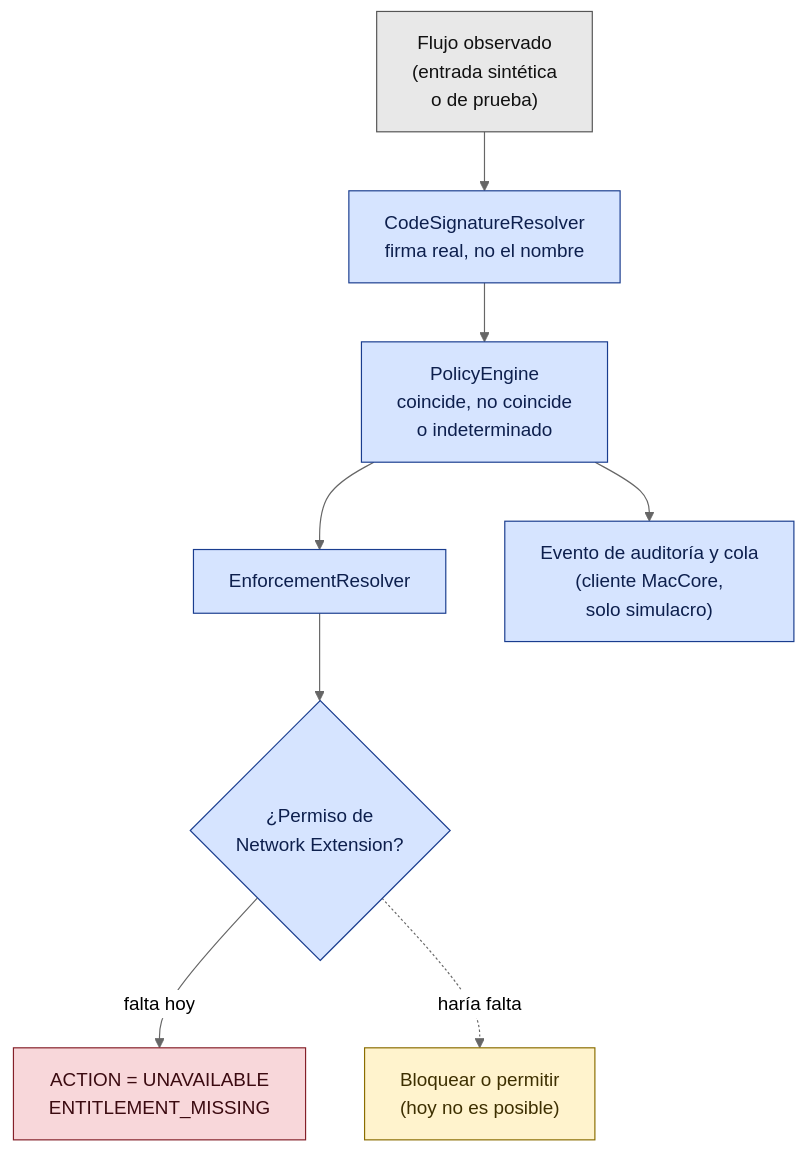
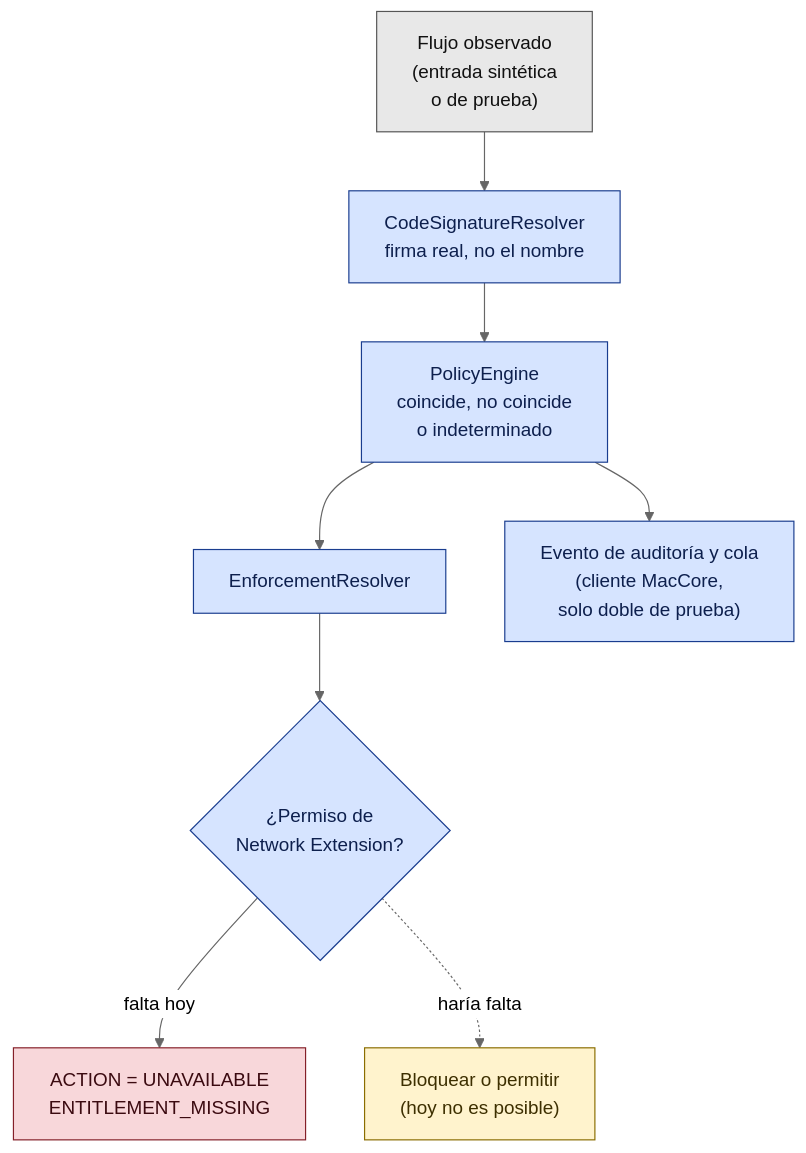
One commit to MacGuard/macguard-yara-channel changed the diagram in docs/wiki/diagrams/firewall-decision.es.mmd. Above: the diagram before and after it, drawn with Mermaid (neutral theme). The commit also changed 5 other files, not shown here.

```diff
--- a/docs/wiki/diagrams/firewall-decision.es.mmd
+++ b/docs/wiki/diagrams/firewall-decision.es.mmd
@@ -1,12 +1,12 @@
 flowchart TB
   A["Flujo observado<br/>(entrada sintética<br/>o de prueba)"]:::inp --> B["CodeSignatureResolver<br/>firma real, no el nombre"]:::ok
   B --> C["PolicyEngine<br/>coincide, no coincide<br/>o indeterminado"]:::ok
   C --> D["EnforcementResolver"]:::ok
   D --> E{"¿Permiso de<br/>Network Extension?"}:::ok
   E -- "falta hoy" --> F["ACTION = UNAVAILABLE<br/>ENTITLEMENT_MISSING"]:::blocked
   E -. "haría falta" .-> G["Bloquear o permitir<br/>(hoy no es posible)"]:::plan
-  C --> H["Evento de auditoría y cola<br/>(cliente MacCore,<br/>solo simulacro)"]:::ok
+  C --> H["Evento de auditoría y cola<br/>(cliente MacCore,<br/>solo doble de prueba)"]:::ok
   classDef inp fill:#e8e8e8,stroke:#555555,color:#111111
   classDef ok fill:#d6e4ff,stroke:#1a3d8f,color:#0d1f4d
   classDef blocked fill:#f8d7da,stroke:#842029,color:#3b0a10
   classDef plan fill:#fff3cd,stroke:#8a6d00,color:#3d2f00
```
